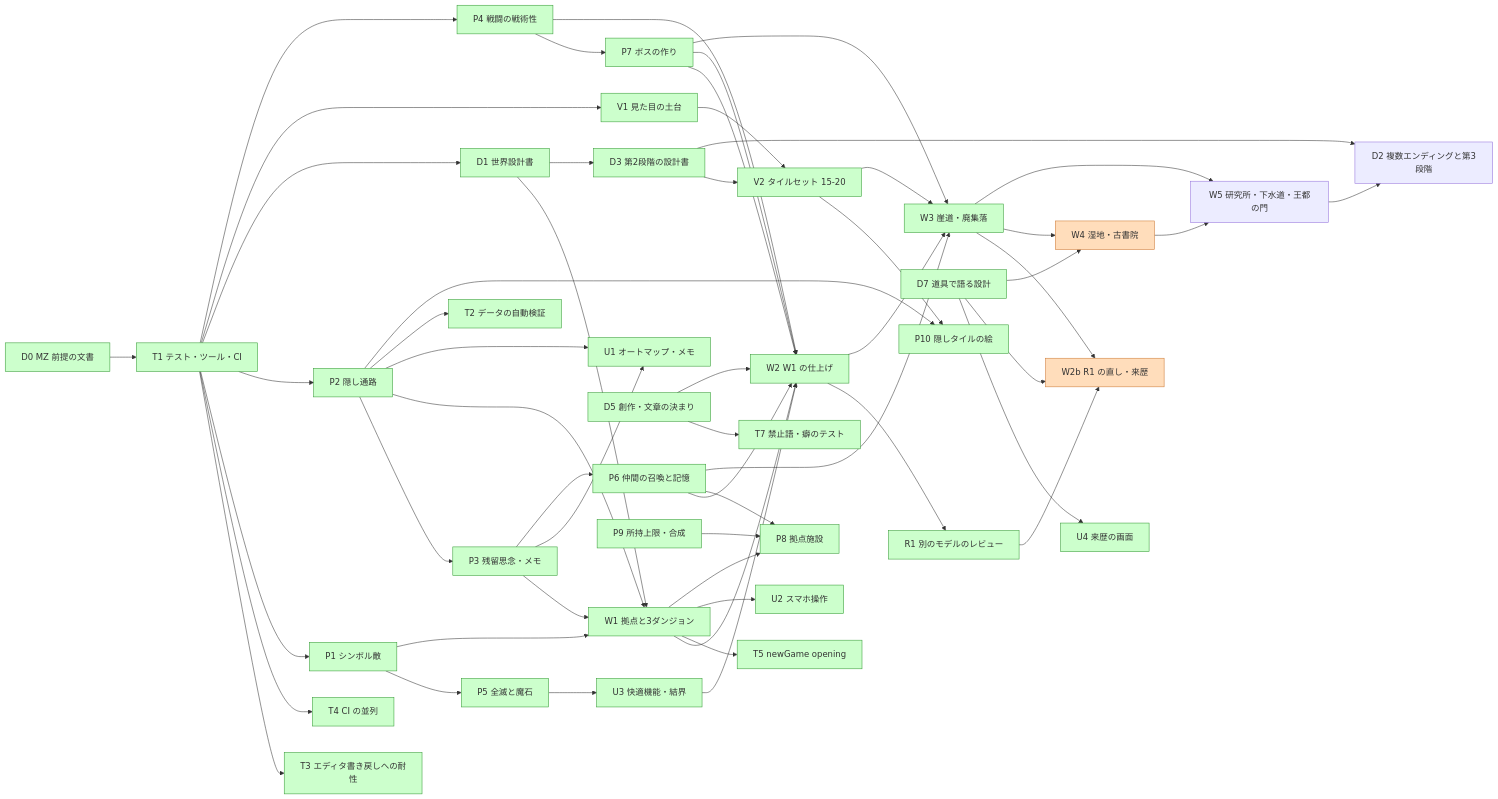
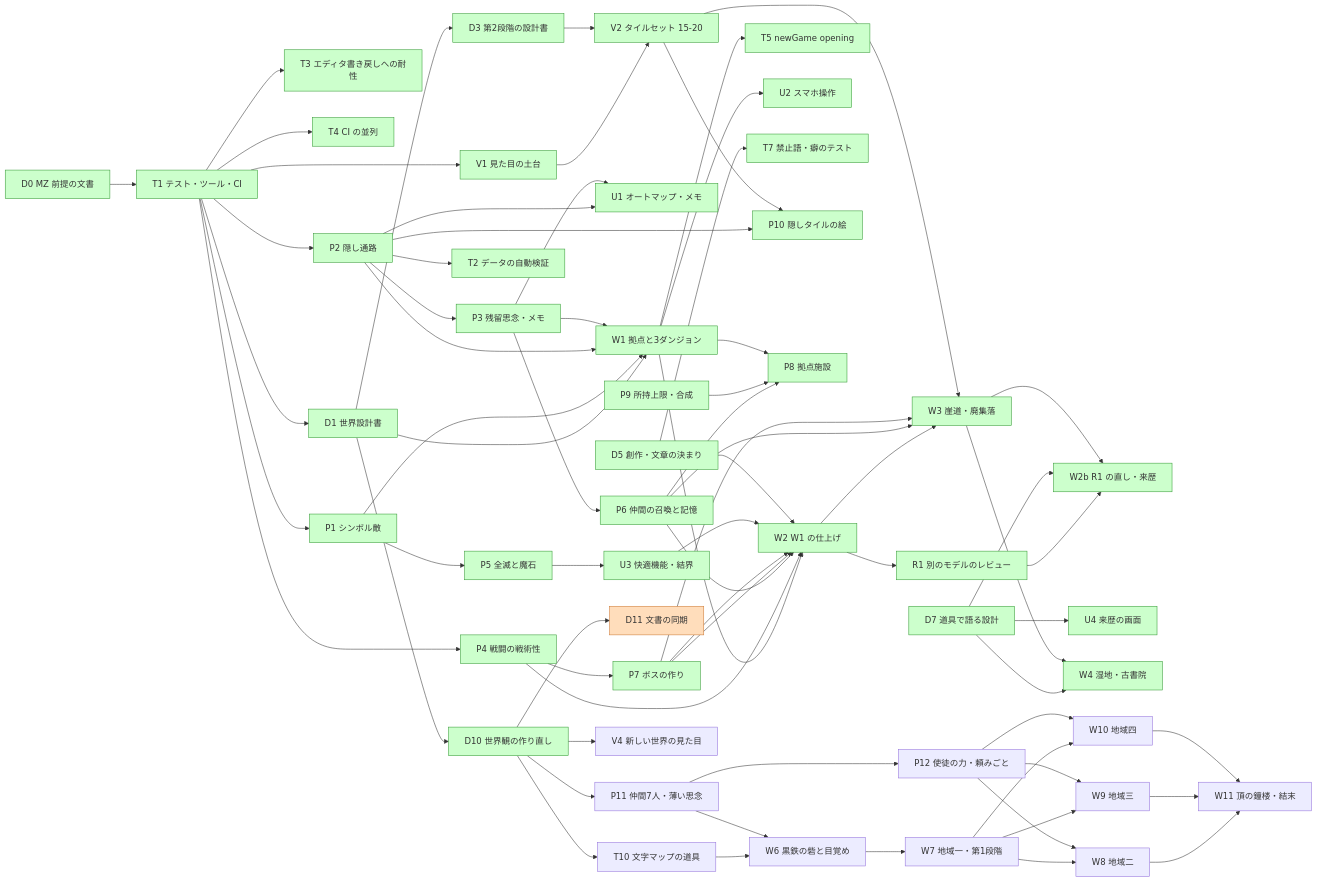
One commit to nakaba9696/-RPG changed the diagram in docs/ROADMAP.md. Above: the diagram before and after it, drawn with Mermaid. The commit also changed other lines of this file and 14 other files, not shown here.

First line of the commit message:
D11: 文書を新しい世界「最後の鐘」に合わせる（CLAUDE.md・VISION・knowhow・ROADMAP 波6・帯・プラグイン注記）

````diff
--- a/docs/ROADMAP.md
+++ b/docs/ROADMAP.md
@@ -223,61 +262,75 @@
 ```mermaid
 graph LR
   D0[D0 MZ 前提の文書] --> T1[T1 テスト・ツール・CI]
   T1 --> T3[T3 エディタ書き戻しへの耐性]
   T1 --> T4[T4 CI の並列]
   T1 --> P1[P1 シンボル敵]
   T1 --> P2[P2 隠し通路]
   T1 --> D1[D1 世界設計書]
   T1 --> V1[V1 見た目の土台]
   P2 --> P3[P3 残留思念・メモ]
   T1 --> P4[P4 戦闘の戦術性]
   P1 --> P5[P5 全滅と魔石]
   D1 --> W1[W1 拠点と3ダンジョン]
   P1 --> W1
   P2 --> W1
   P3 --> W1
   P2 --> U1[U1 オートマップ・メモ]
   P3 --> U1
   P2 --> T2[T2 データの自動検証]
   P3 --> P6[P6 仲間の召喚と記憶]
   P4 --> P7[P7 ボスの作り]
   W1 --> W2[W2 W1 の仕上げ]
   P4 --> W2
   P6 --> W2
   P7 --> W2
   W1 --> T5[T5 newGame opening]
   W1 --> U2[U2 スマホ操作]
   D1 --> D3[D3 第2段階の設計書]
   V1 --> V2[V2 タイルセット 15-20]
   D3 --> V2
   D5[D5 創作・文章の決まり] --> T7[T7 禁止語・癖のテスト]
   P2 --> P10[P10 隠しタイルの絵]
   V2 --> P10
   P5 --> U3[U3 快適機能・結界]
   P6 --> P8[P8 拠点施設]
   P9[P9 所持上限・合成] --> P8
   W1 --> P8
   P7 --> W2
   U3 --> W2
   D5 --> W2
   W2 --> R1[R1 別のモデルのレビュー]
   R1 --> W2b[W2b R1 の直し・来歴]
   D7[D7 道具で語る設計] --> U4[U4 来歴の画面]
   D7 --> W2b
   D7 --> W4[W4 湿地・古書院]
   W3 --> W2b
   W2 --> W3[W3 崖道・廃集落]
   P6 --> W3
   P7 --> W3
   V2 --> W3
   W3 --> W4
-  W3 --> W5[W5 研究所・下水道・王都の門]
-  W4 --> W5
-  D3 --> D2[D2 複数エンディングと第3段階]
-  W5 --> D2
+  D1 --> D10[D10 世界観の作り直し]
+  D10 --> D11[D11 文書の同期]
+  D10 --> T10[T10 文字マップの道具]
+  D10 --> P11[P11 仲間7人・薄い思念]
+  D10 --> V4[V4 新しい世界の見た目]
+  P11 --> P12[P12 使徒の力・頼みごと]
+  T10 --> W6[W6 黒鉄の砦と目覚め]
+  P11 --> W6
+  W6 --> W7[W7 地域一・第1段階]
+  W7 --> W8[W8 地域二]
+  W7 --> W9[W9 地域三]
+  W7 --> W10[W10 地域四]
+  P12 --> W8
+  P12 --> W9
+  P12 --> W10
+  W8 --> W11[W11 頂の鐘楼・結末]
+  W9 --> W11
+  W10 --> W11
   classDef done fill:#cfc,stroke:#393
   classDef wait fill:#ffc,stroke:#aa3
   classDef doing fill:#fdb,stroke:#c73
-  class D0,T1,T3,T4,P1,P2,D1,V1,P3,P5,T2,W1,U2,D3,V2,P4,U1,P6,U3,P9,P10,T5,D5,T7,P7,P8,W2,W3,R1,D7,U4,T8 done
-  class W2b,W4 doing
+  class D0,T1,T3,T4,P1,P2,D1,V1,P3,P5,T2,W1,U2,D3,V2,P4,U1,P6,U3,P9,P10,T5,D5,T7,P7,P8,W2,W3,R1,D7,U4,T8,W2b,W4,D10 done
+  class D11 doing
 ```
````
